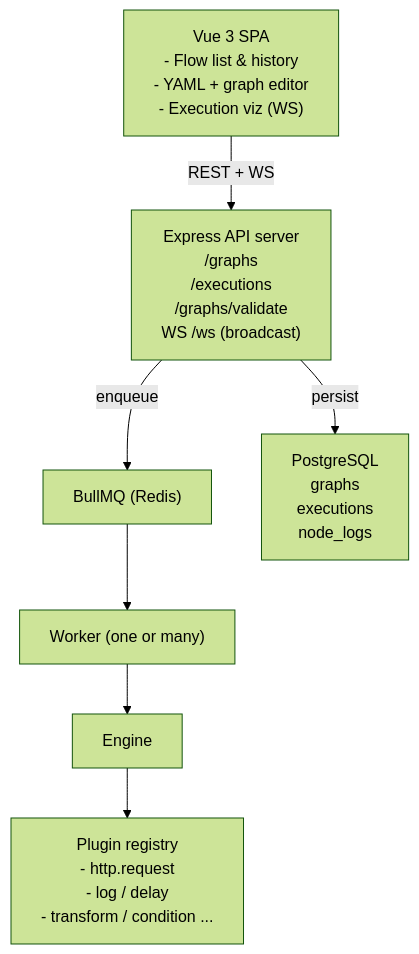
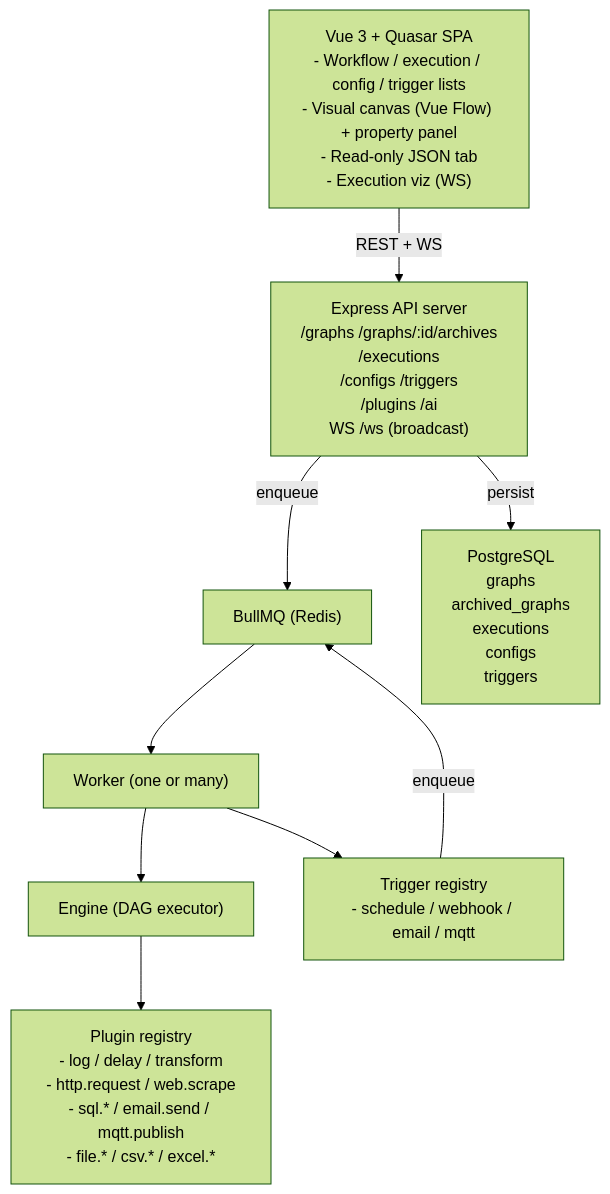
One commit to vivekg13186/DAG-Engine changed the diagram in wiki/ARCHITECTURE.md. Above: the diagram before and after it, drawn with Mermaid (forest theme). The commit also changed other lines of this file and 57 other files, not shown here.

````diff
--- a/wiki/ARCHITECTURE.md
+++ b/wiki/ARCHITECTURE.md
@@ -5,20 +5,23 @@
 ```mermaid
 flowchart TB
-    A["Vue 3 SPA<br/>- Flow list & history<br/>- YAML + graph editor<br/>- Execution viz (WS)"]
+    A["Vue 3 + Quasar SPA<br/>- Workflow / execution / config / trigger lists<br/>- Visual canvas (Vue Flow) + property panel<br/>- Read-only JSON tab<br/>- Execution viz (WS)"]
 
-    B["Express API server<br/>/graphs <br/>/executions<br/>/graphs/validate<br/>WS /ws (broadcast)"]
+    B["Express API server<br/>/graphs    /graphs/:id/archives<br/>/executions<br/>/configs   /triggers<br/>/plugins   /ai<br/>WS /ws (broadcast)"]
 
     C["BullMQ (Redis)"]
-    D["PostgreSQL<br/>graphs<br/>executions<br/>node_logs"]
+    D["PostgreSQL<br/>graphs<br/>archived_graphs<br/>executions<br/>configs<br/>triggers"]
 
     E["Worker (one or many)"]
-    F["Engine"]
-    G["Plugin registry<br/>- http.request<br/>- log / delay<br/>- transform / condition ..."]
+    F["Engine (DAG executor)"]
+    G["Plugin registry<br/>- log / delay / transform<br/>- http.request / web.scrape<br/>- sql.* / email.send / mqtt.publish<br/>- file.* / csv.* / excel.*"]
+    H["Trigger registry<br/>- schedule / webhook / email / mqtt"]
 
     A -->|"REST + WS"| B
     B -->|"enqueue"| C
     B -->|"persist"| D
     C --> E
     E --> F
     F --> G
+    E --> H
+    H -->|"enqueue"| C
 ```
````
